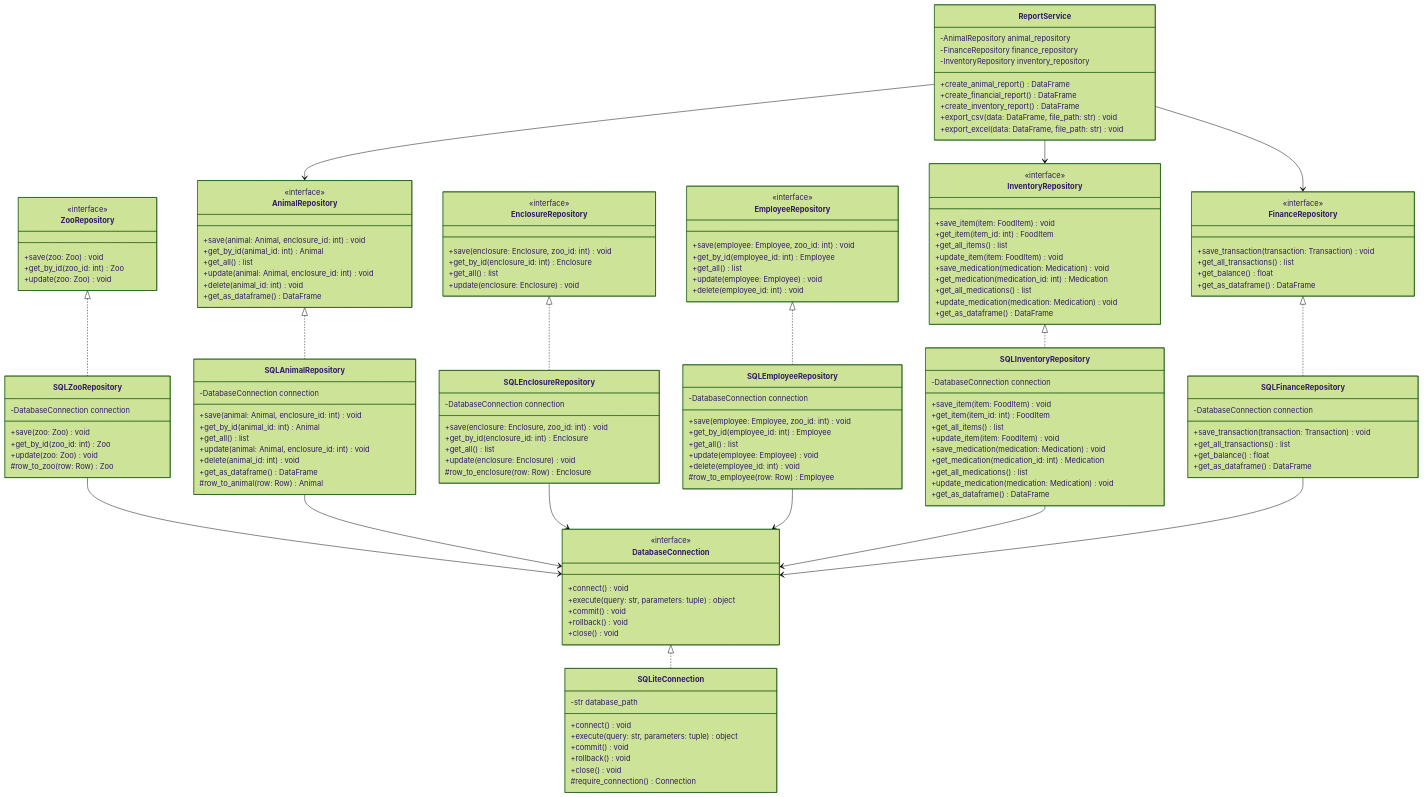
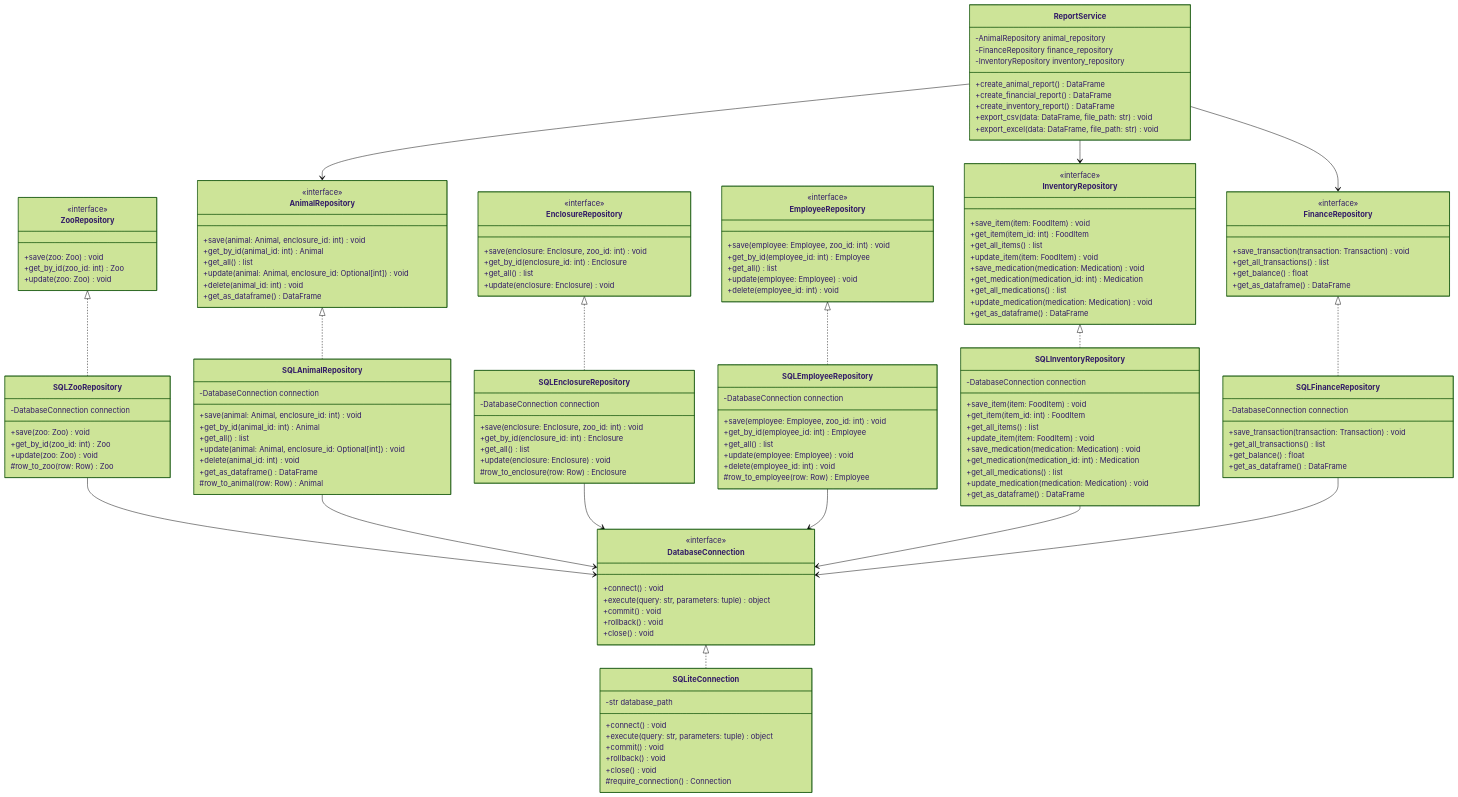
The diagram in zoo_simulation/docs/planning_db_kaiss.md (Darnell-Beganovic/zms-BBS), drawn with Mermaid (forest theme) before and after one commit. The commit also changed 1 other file, not shown here.

Commit message:
fix(planning): type AnimalRepository.update()'s enclosure_id as Optional
update()'s enclosure_id=None means "leave the current enclosure assignment
unchanged" per the Open Questions note, but the signature was typed as a
plain int. Mark it Optional[int] in both AnimalRepository and
SQLAnimalRepository so the diagram matches the documented semantics.

```diff
--- a/zoo_simulation/docs/planning_db_kaiss.md
+++ b/zoo_simulation/docs/planning_db_kaiss.md
@@ -71,7 +71,7 @@
         +save(animal: Animal, enclosure_id: int) void
         +get_by_id(animal_id: int) Animal
         +get_all() list
-        +update(animal: Animal, enclosure_id: int) void
+        +update(animal: Animal, enclosure_id: Optional[int]) void
         +delete(animal_id: int) void
         +get_as_dataframe() DataFrame
     }
@@ -127,7 +127,7 @@
         +save(animal: Animal, enclosure_id: int) void
         +get_by_id(animal_id: int) Animal
         +get_all() list
-        +update(animal: Animal, enclosure_id: int) void
+        +update(animal: Animal, enclosure_id: Optional[int]) void
         +delete(animal_id: int) void
         +get_as_dataframe() DataFrame
         #row_to_animal(row: Row) Animal
```
